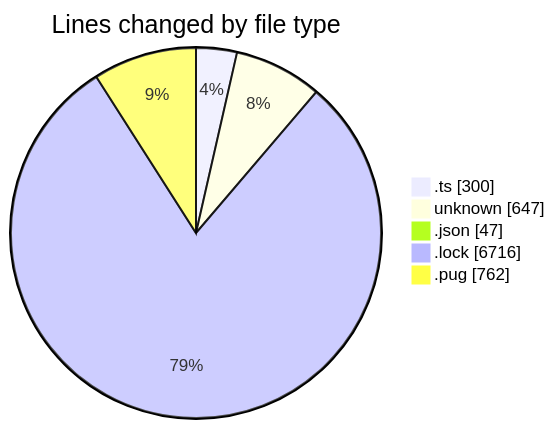
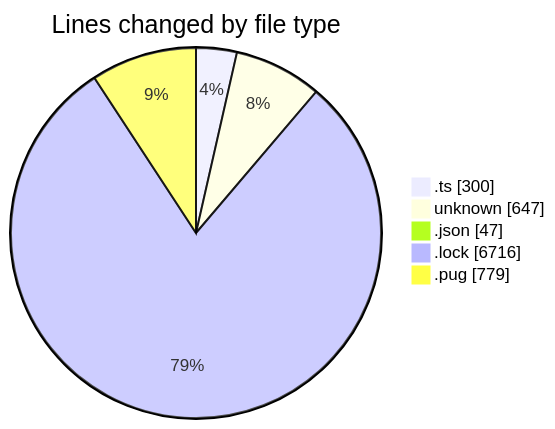
The first of 2 diagrams in 2026-05-22/cda/README.md (momahboobian/code-tracking), drawn with Mermaid before and after one commit. The commit also changed other lines of this file and 1 other file, not shown here.

````diff
--- a/2026-05-22/cda/README.md
+++ b/2026-05-22/cda/README.md
@@ -29,9 +29,9 @@
 ```mermaid
 pie showData
 title Lines changed by file type
 ".ts" : 300
 "unknown" : 647
 ".json" : 47
 ".lock" : 6716
-".pug" : 762
+".pug" : 779
 ```
````
